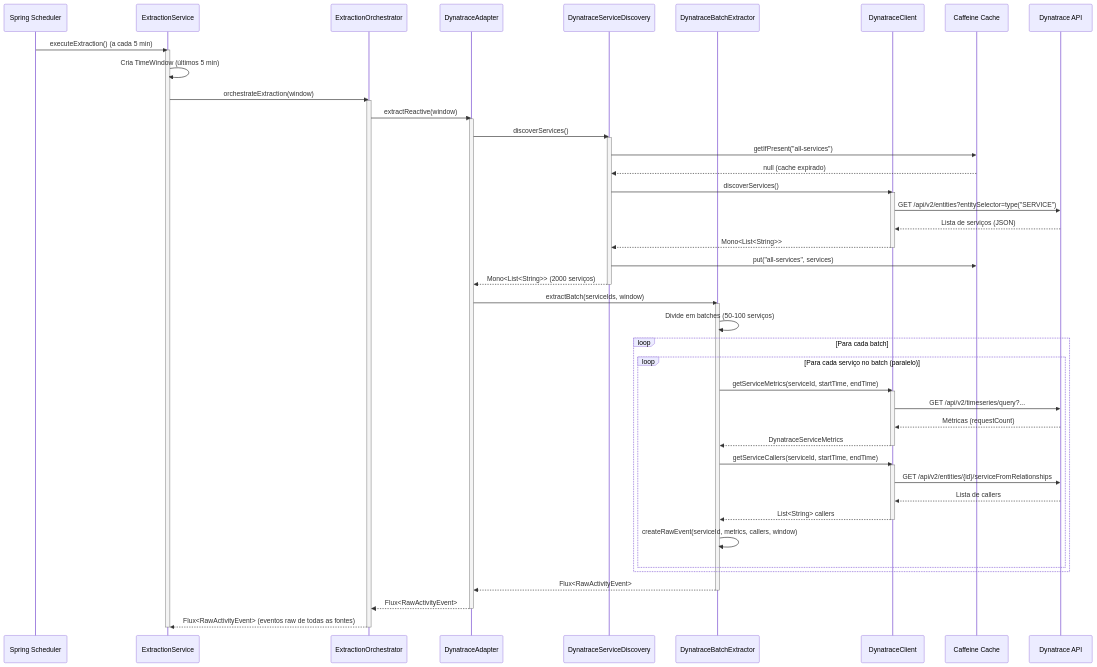
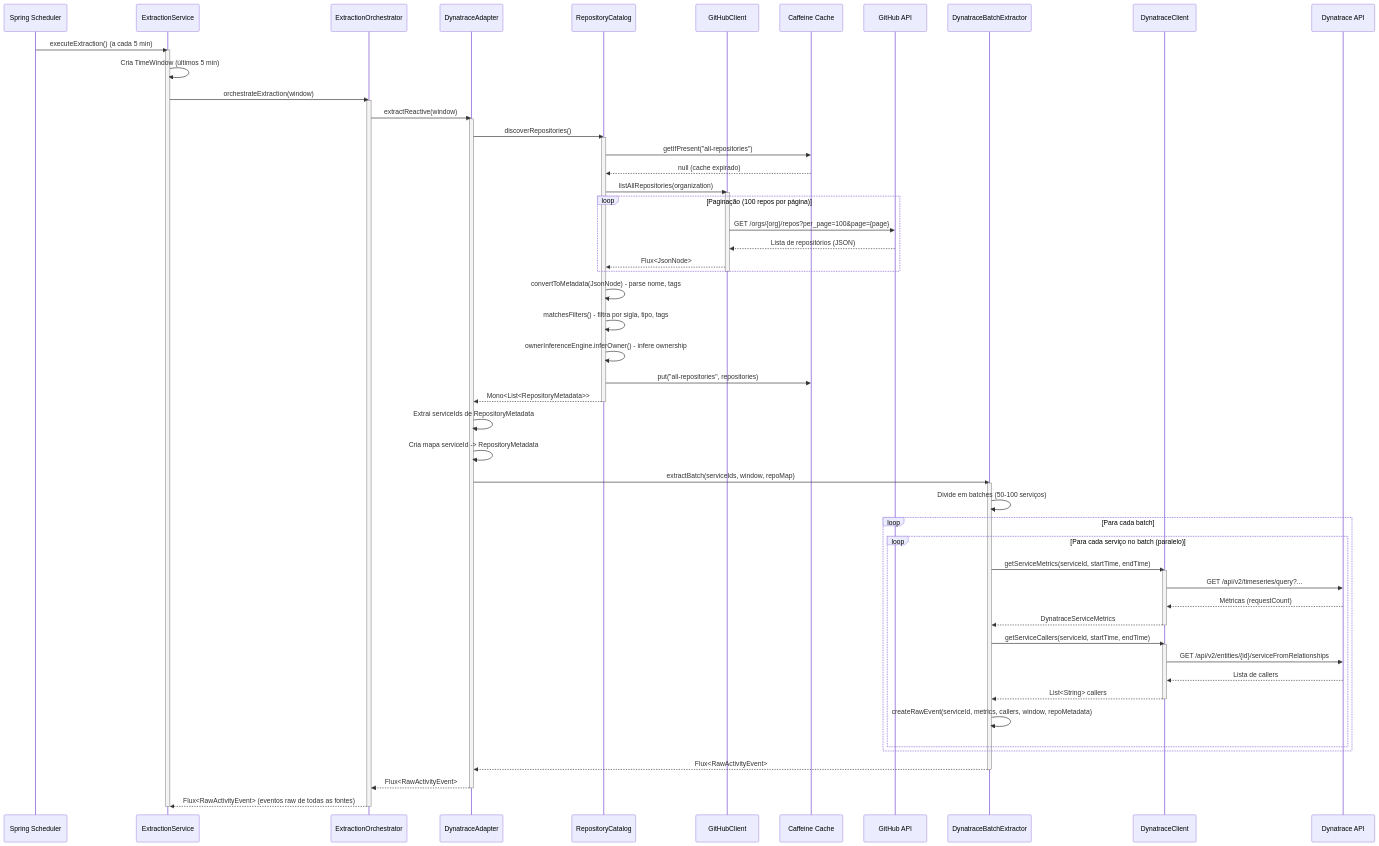
One commit to sandro-lopes/catalog-traffic-engine changed the first of 4 diagrams in docs/SEQUENCE_DIAGRAMS.md. Above: the diagram before and after it, drawn with Mermaid. The commit also changed other lines of this file and 4 other files, not shown here.

```diff
--- a/docs/SEQUENCE_DIAGRAMS.md
+++ b/docs/SEQUENCE_DIAGRAMS.md
@@ -14,11 +14,13 @@
     participant ES as ExtractionService
     participant EO as ExtractionOrchestrator
     participant DA as DynatraceAdapter
-    participant DSD as DynatraceServiceDiscovery
+    participant RC as RepositoryCatalog
+    participant GC as GitHubClient
+    participant Cache as Caffeine Cache
+    participant GitHubAPI as GitHub API
     participant DBE as DynatraceBatchExtractor
     participant DC as DynatraceClient
-    participant Cache as Caffeine Cache
-    participant API as Dynatrace API
+    participant DynatraceAPI as Dynatrace API
 
     Scheduler->>ES: executeExtraction() (a cada 5 min)
     activate ES
@@ -30,24 +32,33 @@
     EO->>DA: extractReactive(window)
     activate DA
     
-    DA->>DSD: discoverServices()
-    activate DSD
+    DA->>RC: discoverRepositories()
+    activate RC
     
-    DSD->>Cache: getIfPresent("all-services")
-    Cache-->>DSD: null (cache expirado)
+    RC->>Cache: getIfPresent("all-repositories")
+    Cache-->>RC: null (cache expirado)
     
-    DSD->>DC: discoverServices()
-    activate DC
-    DC->>API: GET /api/v2/entities?entitySelector=type("SERVICE")
-    API-->>DC: Lista de serviços (JSON)
-    DC-->>DSD: Mono<List<String>>
-    deactivate DC
+    RC->>GC: listAllRepositories(organization)
+    activate GC
     
-    DSD->>Cache: put("all-services", services)
-    DSD-->>DA: Mono<List<String>> (2000 serviços)
-    deactivate DSD
+    loop Paginação (100 repos por página)
+        GC->>GitHubAPI: GET /orgs/{org}/repos?per_page=100&page={page}
+        GitHubAPI-->>GC: Lista de repositórios (JSON)
+        GC-->>RC: Flux<JsonNode>
+    end
     
-    DA->>DBE: extractBatch(serviceIds, window)
+    deactivate GC
+    
+    RC->>RC: convertToMetadata(JsonNode) - parse nome, tags
+    RC->>RC: matchesFilters() - filtra por sigla, tipo, tags
+    RC->>RC: ownerInferenceEngine.inferOwner() - infere ownership
+    RC->>Cache: put("all-repositories", repositories)
+    RC-->>DA: Mono<List<RepositoryMetadata>>
+    deactivate RC
+    
+    DA->>DA: Extrai serviceIds de RepositoryMetadata
+    DA->>DA: Cria mapa serviceId -> RepositoryMetadata
+    DA->>DBE: extractBatch(serviceIds, window, repoMap)
     activate DBE
     
     DBE->>DBE: Divide em batches (50-100 serviços)
@@ -56,19 +67,19 @@
         loop Para cada serviço no batch (paralelo)
             DBE->>DC: getServiceMetrics(serviceId, startTime, endTime)
             activate DC
-            DC->>API: GET /api/v2/timeseries/query?...
-            API-->>DC: Métricas (requestCount)
+            DC->>DynatraceAPI: GET /api/v2/timeseries/query?...
+            DynatraceAPI-->>DC: Métricas (requestCount)
             DC-->>DBE: DynatraceServiceMetrics
             deactivate DC
             
             DBE->>DC: getServiceCallers(serviceId, startTime, endTime)
             activate DC
-            DC->>API: GET /api/v2/entities/{id}/serviceFromRelationships
-            API-->>DC: Lista de callers
+            DC->>DynatraceAPI: GET /api/v2/entities/{id}/serviceFromRelationships
+            DynatraceAPI-->>DC: Lista de callers
             DC-->>DBE: List<String> callers
             deactivate DC
             
-            DBE->>DBE: createRawEvent(serviceId, metrics, callers, window)
+            DBE->>DBE: createRawEvent(serviceId, metrics, callers, window, repoMetadata)
         end
     end
     
```
